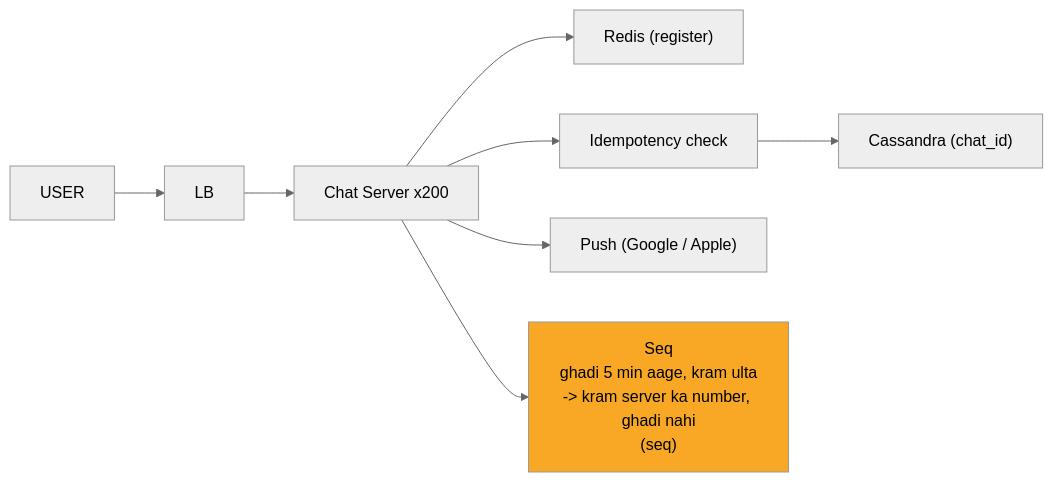
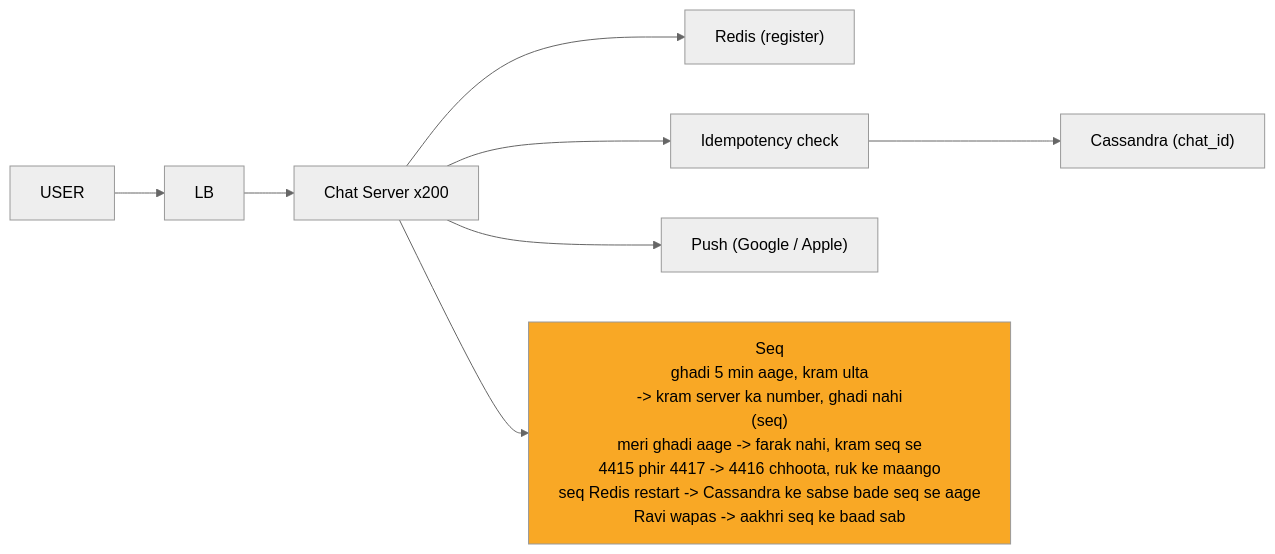
Before and after one commit to ArpanMaheshwari144/Prep: the seventh of 12 diagrams in 04_HLD/SYSTEM_DESIGNS/14_chat_messaging/14_chat_messaging.md, drawn with Mermaid (neutral theme). The commit also changed other lines of this file and 12 other files, not shown here.

Commit message:
hld 02-14: peele dabbe me SAFAR ke mod + diagram chauda (wrappingWidth 450)

````diff
--- a/04_HLD/SYSTEM_DESIGNS/14_chat_messaging/14_chat_messaging.md
+++ b/04_HLD/SYSTEM_DESIGNS/14_chat_messaging/14_chat_messaging.md
@@ -293,19 +299,20 @@
 ```mermaid
+%%{init: {"flowchart": {"wrappingWidth": 450}}}%%
 flowchart LR
     n_U["USER"]
     n_LB["LB"]
     n_CS["Chat Server x200"]
     n_R["Redis (register)"]
     n_I["Idempotency check"]
     n_CA["Cassandra (chat_id)"]
     n_P["Push (Google / Apple)"]
-    n_SQ["Seq<br/>ghadi 5 min aage, kram ulta<br/>-> kram server ka number, ghadi nahi<br/>(seq)"]
+    n_SQ["Seq<br/>ghadi 5 min aage, kram ulta<br/>-> kram server ka number, ghadi nahi<br/>(seq)<br/>meri ghadi aage -> farak nahi, kram seq se<br/>4415 phir 4417 -> 4416 chhoota, ruk ke maango<br/>seq Redis restart -> Cassandra ke sabse bade seq se aage<br/>Ravi wapas -> aakhri seq ke baad sab"]
     n_U --> n_LB
     n_LB --> n_CS
     n_CS --> n_R
     n_CS --> n_I
     n_I --> n_CA
     n_CS --> n_P
     n_CS --> n_SQ
     style n_SQ fill:#f9a825,color:#000
 ```
````
